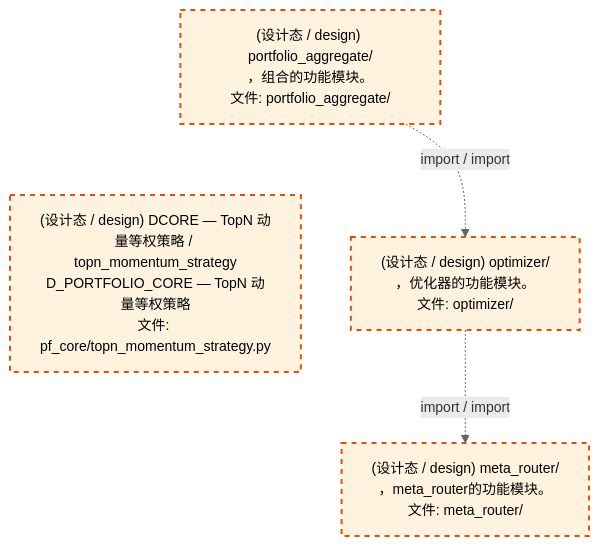
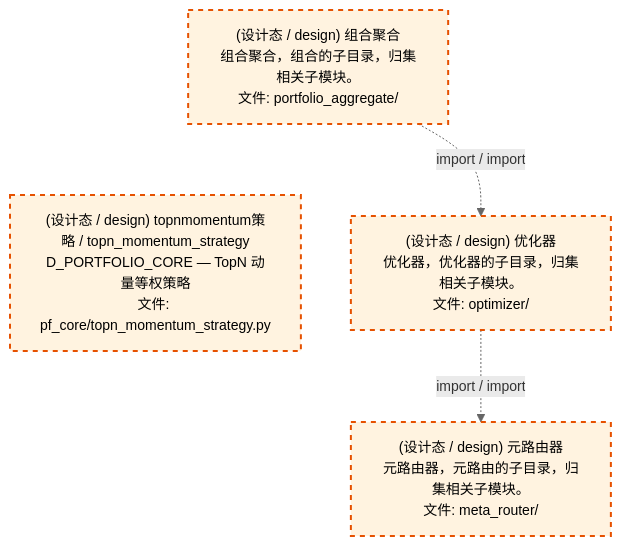
One commit to xuanFelixVan/ZephyrAlpha changed the third of 4 diagrams in docs/02_enterprise_architecture/02_domain_architecture_docs/63_d_pf_core.md. Above: the diagram before and after it, drawn with Mermaid. The commit also changed other lines of this file and 50 other files, not shown here.

````diff
--- a/docs/02_enterprise_architecture/02_domain_architecture_docs/63_d_pf_core.md
+++ b/docs/02_enterprise_architecture/02_domain_architecture_docs/63_d_pf_core.md
@@ -176,16 +176,16 @@
 ```mermaid
 %%{init: {'theme': 'base', 'themeVariables': {'primaryColor': '#eaeaea', 'primaryTextColor': '#333333', 'primaryBorderColor': '#666666', 'lineColor': '#666666', 'secondaryColor': '#eaeaea', 'tertiaryColor': '#eaeaea', 'fontSize': '14px'}}}%%
 flowchart TD
-    src_zephyr_pf_core_portfolio_aggregate["(设计态 / design) portfolio_aggregate/<br/>，组合的功能模块。<br/>文件: portfolio_aggregate/"]
-    src_zephyr_pf_core_topn_momentum_strategy_py["(设计态 / design) DCORE — TopN 动量等权策略 / topn_momentum_strategy<br/>D_PORTFOLIO_CORE — TopN 动量等权策略<br/>文件: pf_core/topn_momentum_strategy.py"]
+    src_zephyr_pf_core_portfolio_aggregate["(设计态 / design) 组合聚合<br/>组合聚合，组合的子目录，归集相关子模块。<br/>文件: portfolio_aggregate/"]
+    src_zephyr_pf_core_topn_momentum_strategy_py["(设计态 / design) topnmomentum策略 / topn_momentum_strategy<br/>D_PORTFOLIO_CORE — TopN 动量等权策略<br/>文件: pf_core/topn_momentum_strategy.py"]
     src_zephyr_pf_core_portfolio_aggregate ~~~ src_zephyr_pf_core_topn_momentum_strategy_py
-    src_zephyr_pf_core_optimizer["(设计态 / design) optimizer/<br/>，优化器的功能模块。<br/>文件: optimizer/"]
-    src_zephyr_pf_core_meta_router["(设计态 / design) meta_router/<br/>，meta_router的功能模块。<br/>文件: meta_router/"]
+    src_zephyr_pf_core_optimizer["(设计态 / design) 优化器<br/>优化器，优化器的子目录，归集相关子模块。<br/>文件: optimizer/"]
+    src_zephyr_pf_core_meta_router["(设计态 / design) 元路由器<br/>元路由器，元路由的子目录，归集相关子模块。<br/>文件: meta_router/"]
     src_zephyr_pf_core_optimizer -.->|import / import| src_zephyr_pf_core_meta_router
     src_zephyr_pf_core_portfolio_aggregate -.->|import / import| src_zephyr_pf_core_optimizer
     classDef production fill:#e1f5fe,stroke:#01579b,stroke-width:2px,color:#000
     classDef design fill:#fff3e0,stroke:#e65100,stroke-width:2px,color:#000,stroke-dasharray: 5 5
     classDef external_prod fill:#e8f4fd,stroke:#0277bd,stroke-width:1px,color:#000
     classDef external_design fill:#fff8e7,stroke:#ef6c00,stroke-width:1px,color:#000,stroke-dasharray: 5 5
     class src_zephyr_pf_core_meta_router,src_zephyr_pf_core_optimizer,src_zephyr_pf_core_portfolio_aggregate,src_zephyr_pf_core_topn_momentum_strategy_py design
 ```
````
